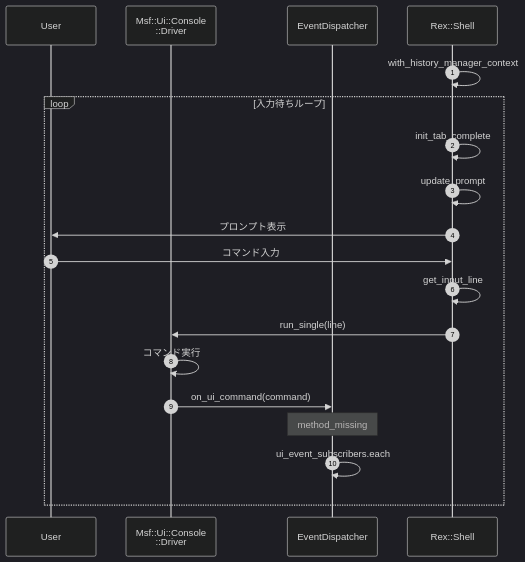
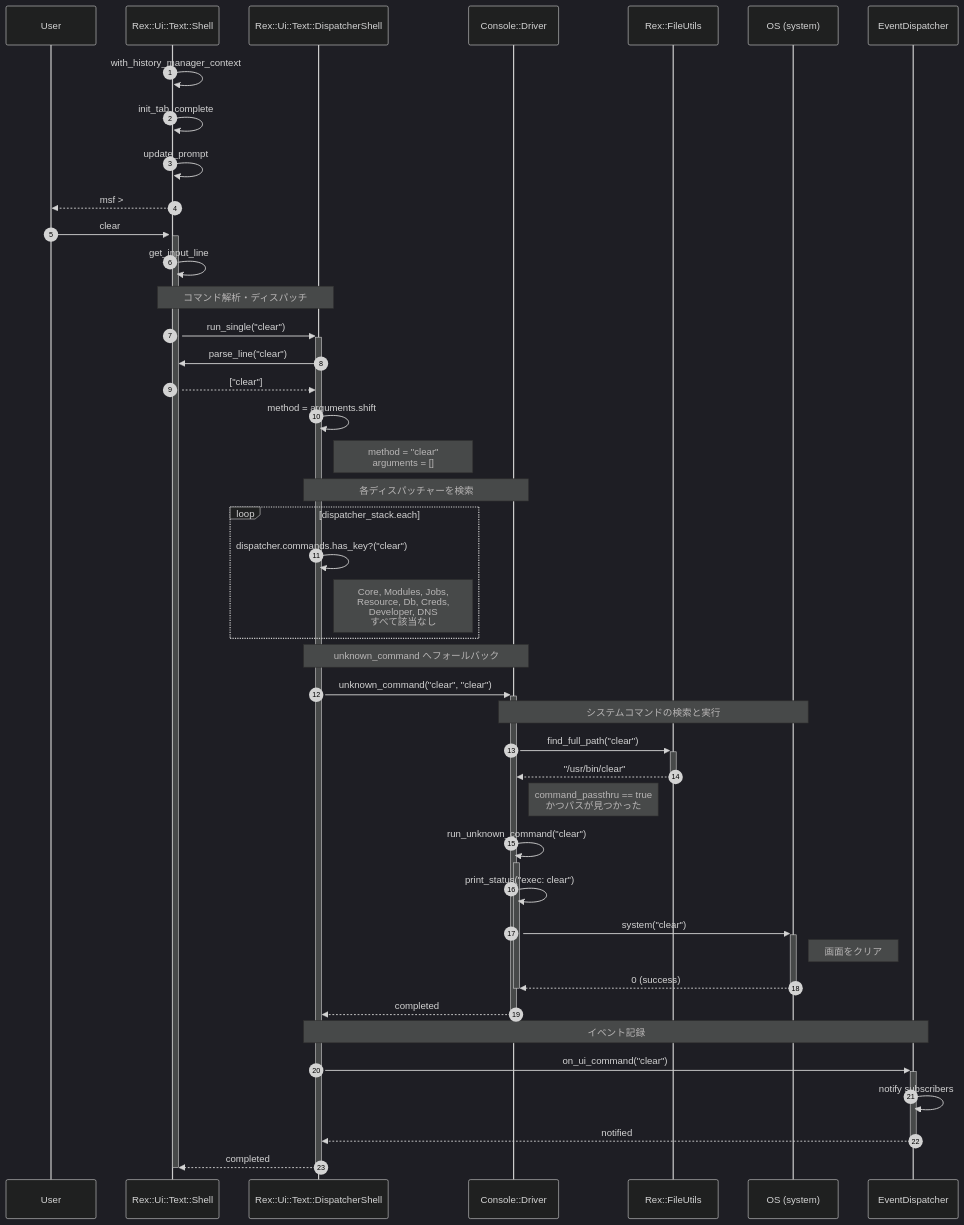
One commit to uraitakahito/metasploit-framework changed the seventh of 8 diagrams in docs/msfconsole-internals.md. Above: the diagram before and after it, drawn with Mermaid (dark theme). The commit also changed other lines of this file, not shown here.

First line of the commit message:
Add sequence diagrams for db_nmap, use, services, and back commands

````diff
--- a/docs/msfconsole-internals.md
+++ b/docs/msfconsole-internals.md
@@ -62,23 +807,58 @@
 ```mermaid
 sequenceDiagram
     autonumber
     participant User as User
-    participant Driver as Msf::Ui::Console<br/>::Driver
+    participant Shell as Rex::Ui::Text::Shell
+    participant DispatcherShell as Rex::Ui::Text::DispatcherShell
+    participant Driver as Console::Driver
+    participant FileUtils as Rex::FileUtils
+    participant OS as OS (system)
     participant EventDispatcher as EventDispatcher
-    participant Shell as Rex::Shell
 
+    activate Shell
     Shell->>Shell: with_history_manager_context
 
-    loop 入力待ちループ
-        Shell->>Shell: init_tab_complete
-        Shell->>Shell: update_prompt
-        Shell->>User: プロンプト表示
-        User->>Shell: コマンド入力
-        Shell->>Shell: get_input_line
-        Shell->>Driver: run_single(line)
-        Driver->>Driver: コマンド実行
-        Driver->>EventDispatcher: on_ui_command(command)
-        Note over EventDispatcher: method_missing
-        EventDispatcher->>EventDispatcher: ui_event_subscribers.each
+    Shell->>Shell: init_tab_complete
+    Shell->>Shell: update_prompt
+    Shell-->>User: msf >
+
+    User->>+Shell: clear
+    Shell->>Shell: get_input_line
+
+    Note over Shell,DispatcherShell: コマンド解析・ディスパッチ
+    Shell->>+DispatcherShell: run_single("clear")
+    DispatcherShell->>Shell: parse_line("clear")
+    Shell-->>DispatcherShell: ["clear"]
+    DispatcherShell->>DispatcherShell: method = arguments.shift
+    Note right of DispatcherShell: method = "clear"<br/>arguments = []
+
+    Note over DispatcherShell,Driver: 各ディスパッチャーを検索
+    loop dispatcher_stack.each
+        DispatcherShell->>DispatcherShell: dispatcher.commands.has_key?("clear")
+        Note right of DispatcherShell: Core, Modules, Jobs,<br/>Resource, Db, Creds,<br/>Developer, DNS<br/>すべて該当なし
     end
+
+    Note over DispatcherShell,Driver: unknown_command へフォールバック
+    DispatcherShell->>+Driver: unknown_command("clear", "clear")
+
+    Note over Driver,OS: システムコマンドの検索と実行
+    Driver->>+FileUtils: find_full_path("clear")
+    FileUtils-->>-Driver: "/usr/bin/clear"
+    Note right of Driver: command_passthru == true<br/>かつパスが見つかった
+
+    Driver->>+Driver: run_unknown_command("clear")
+    Driver->>Driver: print_status("exec: clear")
+    Driver->>+OS: system("clear")
+    Note right of OS: 画面をクリア
+    OS-->>-Driver: 0 (success)
+    deactivate Driver
+    Driver-->>-DispatcherShell: completed
+
+    Note over DispatcherShell,EventDispatcher: イベント記録
+    DispatcherShell->>+EventDispatcher: on_ui_command("clear")
+    EventDispatcher->>EventDispatcher: notify subscribers
+    EventDispatcher-->>-DispatcherShell: notified
+
+    DispatcherShell-->>-Shell: completed
+    deactivate Shell
 ```
````
